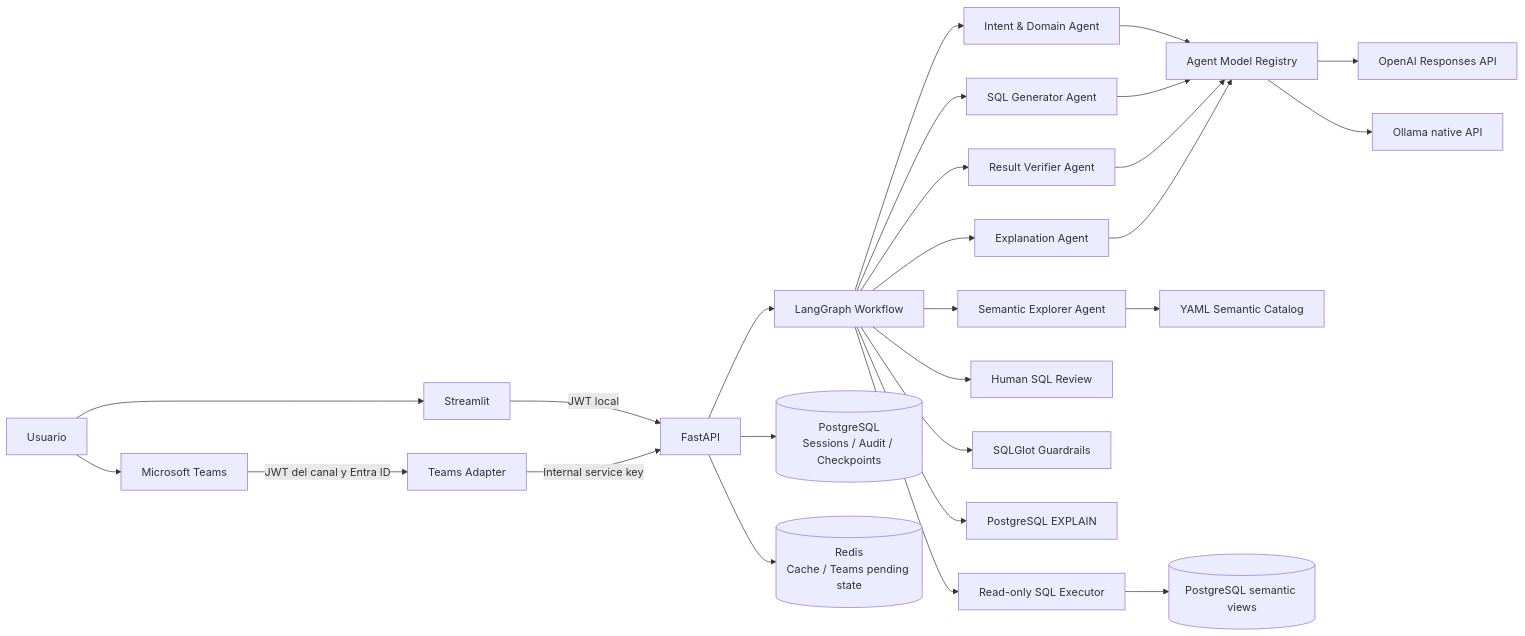
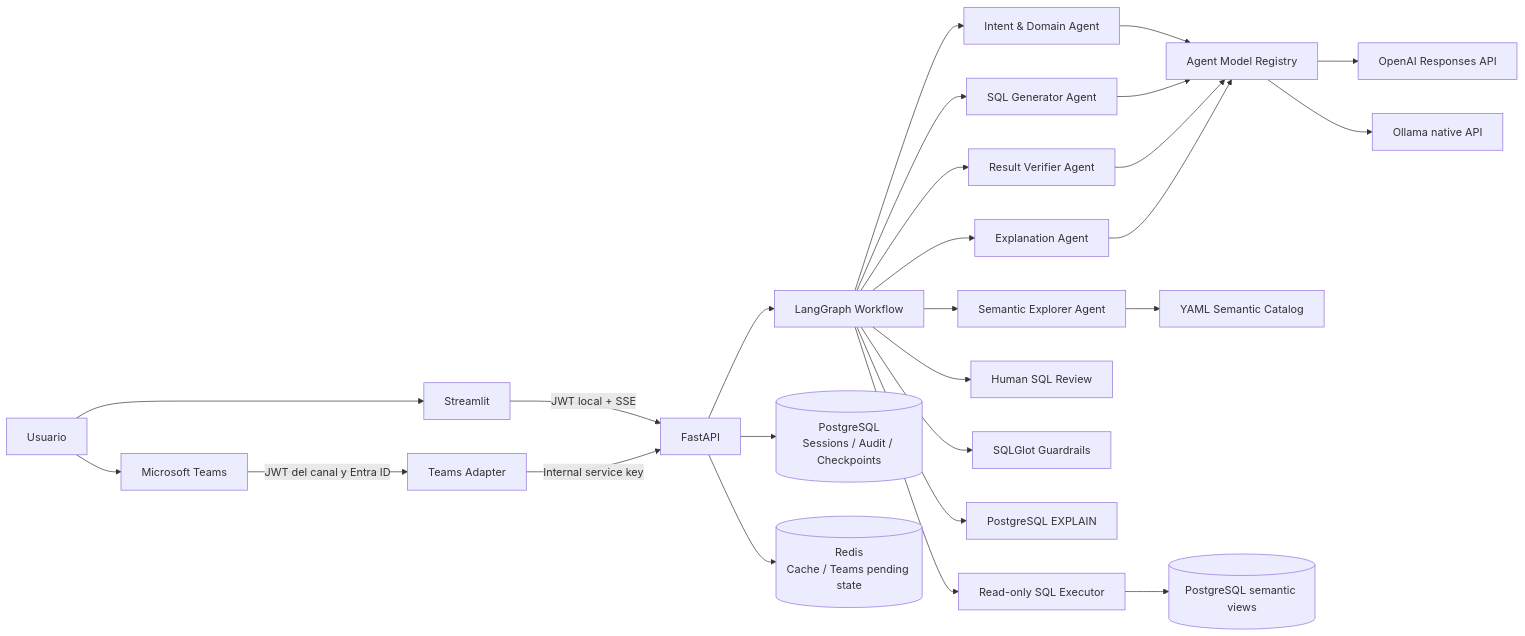
The first of 3 diagrams in README.md (edgarrth/multiagente-sql-reporter), drawn with Mermaid before and after one commit. The commit also changed other lines of this file and 16 other files, not shown here.

````diff
--- a/README.md
+++ b/README.md
@@ -26,32 +46,32 @@
 ```mermaid
 flowchart LR
     U[Usuario] --> ST[Streamlit]
     U --> TM[Microsoft Teams]
-    ST -->|JWT local| API[FastAPI]
+    ST -->|JWT local + SSE| API[FastAPI]
     TM -->|JWT del canal y Entra ID| TA[Teams Adapter]
     TA -->|Internal service key| API
 
     API --> LG[LangGraph Workflow]
     LG --> IA[Intent & Domain Agent]
     LG --> SA[Semantic Explorer Agent]
     LG --> SQ[SQL Generator Agent]
     LG --> VA[Result Verifier Agent]
     LG --> EA[Explanation Agent]
 
     IA --> MR[Agent Model Registry]
     SQ --> MR
     VA --> MR
     EA --> MR
     MR --> OA[OpenAI Responses API]
     MR --> OL[Ollama native API]
 
     SA --> CAT[YAML Semantic Catalog]
     LG --> HITL[Human SQL Review]
     LG --> SG[SQLGlot Guardrails]
     LG --> CE[PostgreSQL EXPLAIN]
     LG --> EX[Read-only SQL Executor]
 
     API --> PG[(PostgreSQL\nSessions / Audit / Checkpoints)]
     API --> RD[(Redis\nCache / Teams pending state)]
     EX --> SEM[(PostgreSQL semantic views)]
 ```
````
